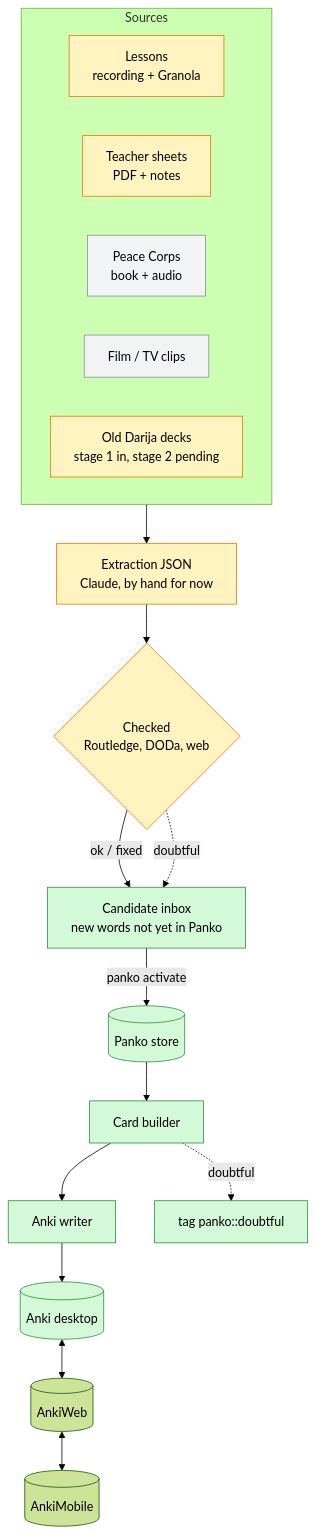
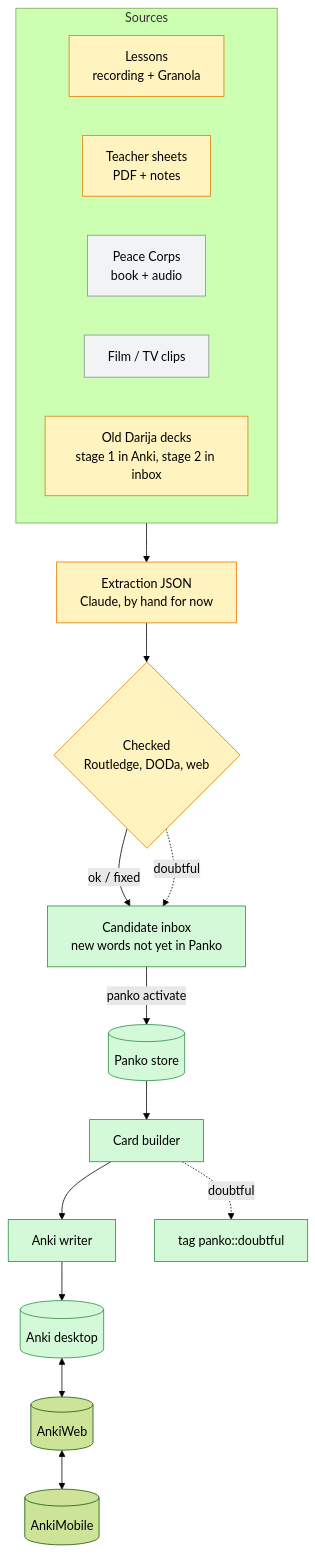
One commit to NotAHill/panko changed the first of 5 diagrams in docs/ARCHITECTURE.md. Above: the diagram before and after it, drawn with Mermaid (forest theme). The commit also changed other lines of this file and 8 other files, not shown here.

First line of the commit message:
Generated drawings for cards without a picture (panko draw); stage 2 of old decks checked into the inbox

````diff
--- a/docs/ARCHITECTURE.md
+++ b/docs/ARCHITECTURE.md
@@ -12,25 +12,25 @@
 ```mermaid
 flowchart TB
     subgraph Sources
         direction LR
         L[Lessons<br/>recording + Granola]:::part
         T[Teacher sheets<br/>PDF + notes]:::part
         PC[Peace Corps<br/>book + audio]:::plan
         M[Film / TV clips]:::plan
-        D[Old Darija decks<br/>stage 1 in, stage 2 pending]:::part
+        D[Old Darija decks<br/>stage 1 in Anki, stage 2 in inbox]:::part
     end
     Sources --> X[Extraction JSON<br/>Claude, by hand for now]:::part
     X --> C{Checked<br/>Routledge, DODa, web}:::part
     C -- ok / fixed --> IN[Candidate inbox<br/>new words not yet in Panko]:::built
     C -. doubtful .-> IN
     IN -- panko activate --> S[(Panko store)]:::built
     S --> B[Card builder]:::built
     B --> W[Anki writer]:::built
     B -. doubtful .-> F[tag panko::doubtful]:::built
     W --> A[(Anki desktop)]:::built
     A <--> AW[(AnkiWeb)] <--> AM[(AnkiMobile)]
 
     classDef built fill:#d3f9d8,stroke:#2b8a3e,color:#000
     classDef part fill:#fff3bf,stroke:#e67700,color:#000
     classDef plan fill:#f1f3f5,stroke:#868e96,color:#000
 ```
````
